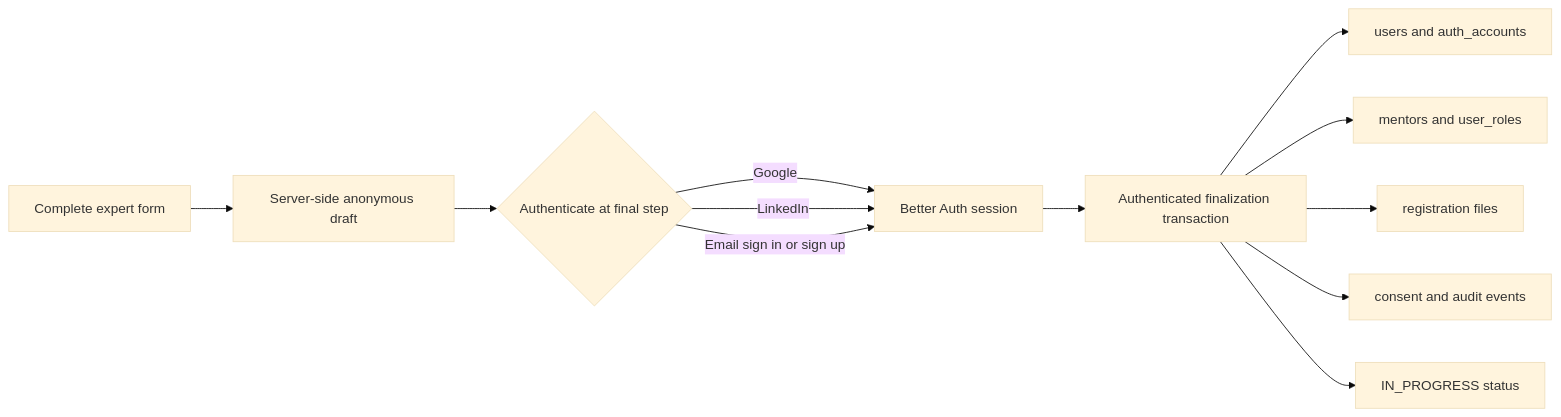
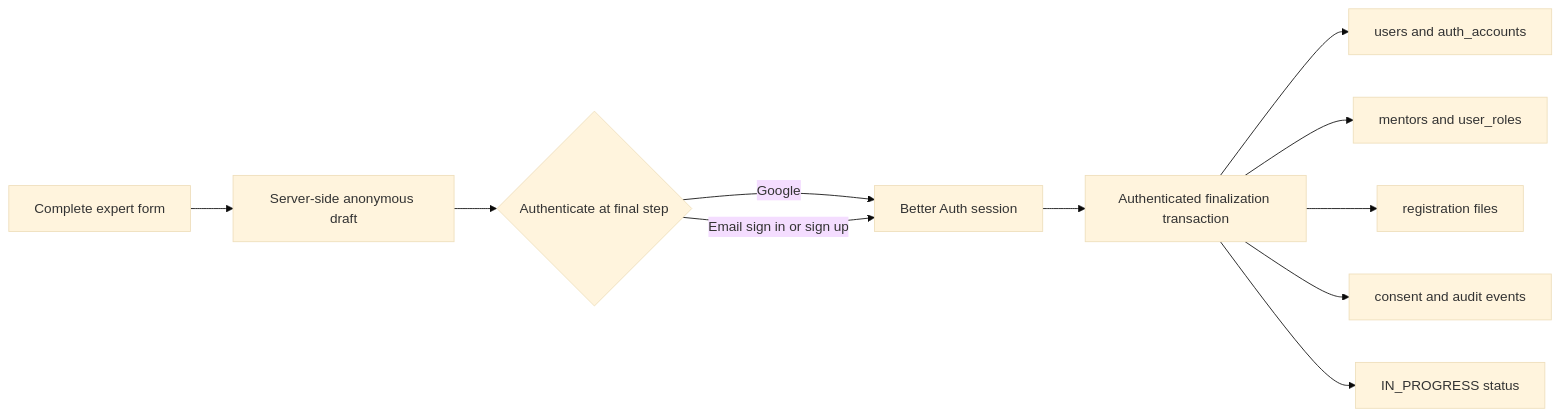
The diagram in documentation/live-expert-registration-source-of-truth.md (abdur-rahman-shawl/sharing-minds-expert-page), drawn with Mermaid (base theme) before and after one commit. The commit also changed other lines of this file and 26 other files, not shown here.

````diff
--- a/documentation/live-expert-registration-source-of-truth.md
+++ b/documentation/live-expert-registration-source-of-truth.md
@@ -135,14 +137,13 @@
 ```mermaid
 flowchart LR
   A["Complete expert form"] --> B["Server-side anonymous draft"]
   B --> C{"Authenticate at final step"}
   C -->|Google| D["Better Auth session"]
-  C -->|LinkedIn| D
   C -->|Email sign in or sign up| D
   D --> E["Authenticated finalization transaction"]
   E --> F["users and auth_accounts"]
   E --> G["mentors and user_roles"]
   E --> H["registration files"]
   E --> I["consent and audit events"]
   E --> J["IN_PROGRESS status"]
 ```
````
